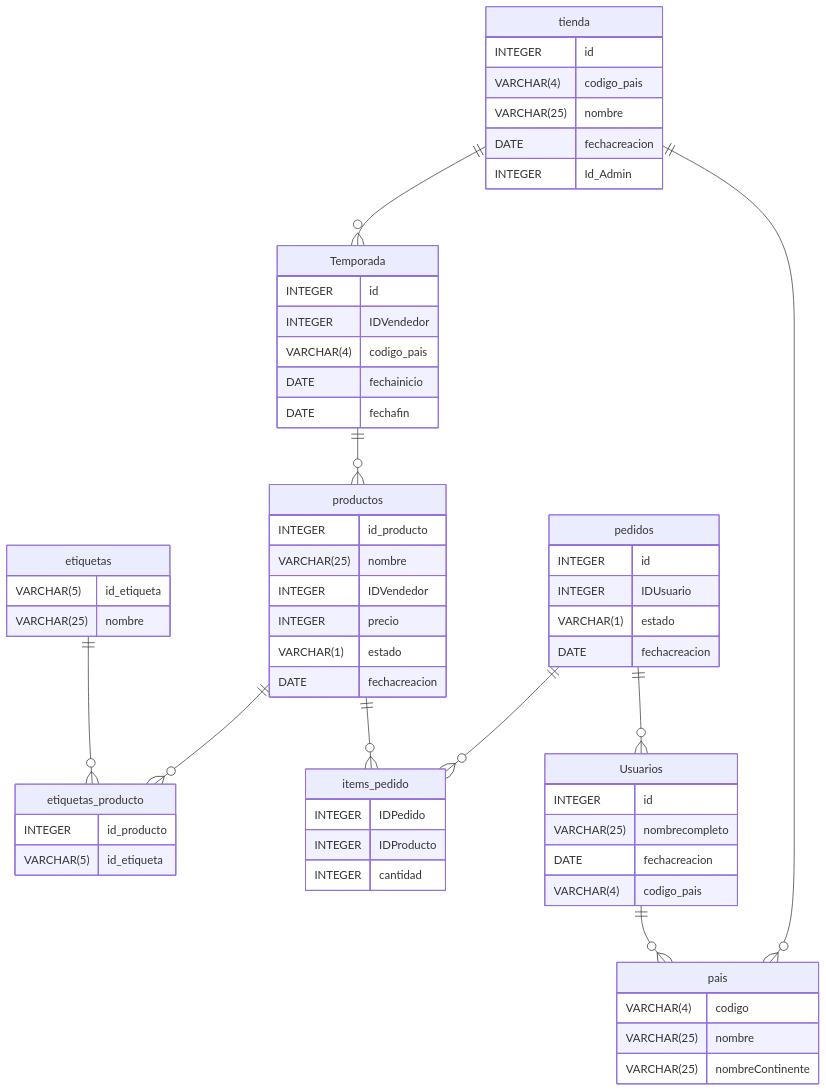
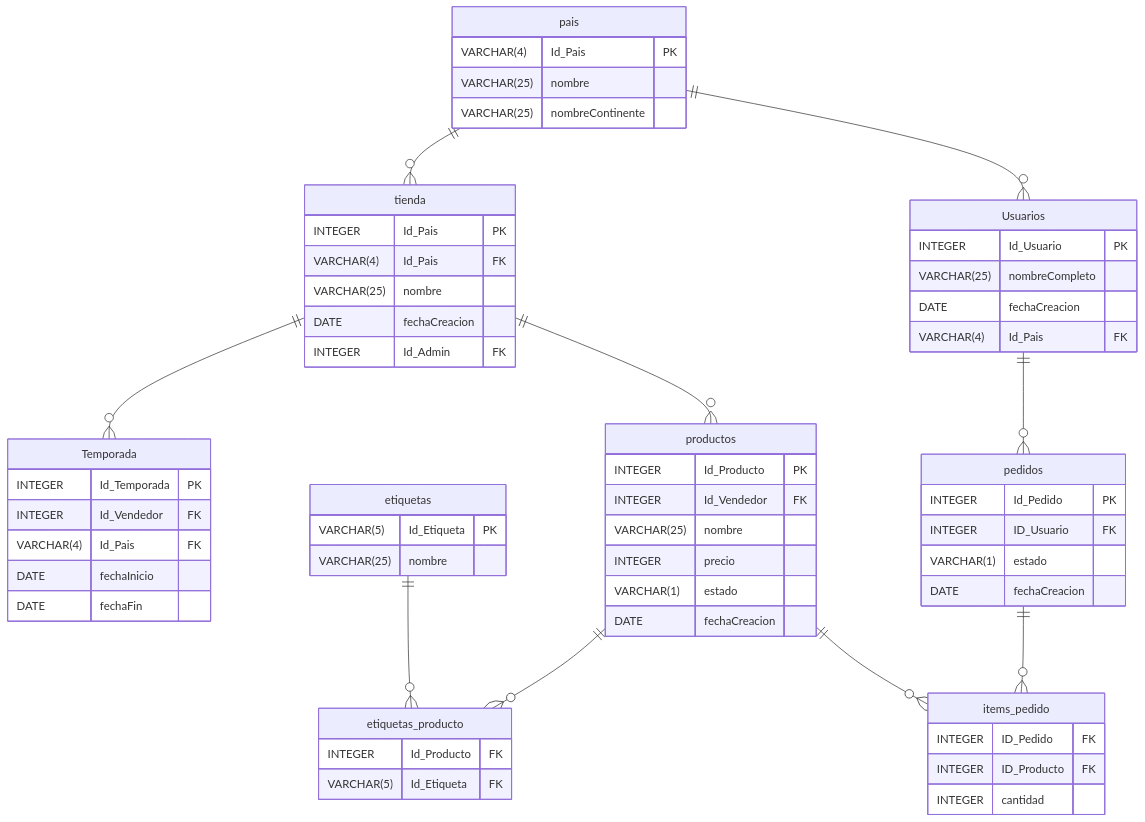
One commit to augustocristian/teaching-resources changed the third of 4 diagrams in EPIG-IND-ComputerScienceFundamentals/exercises/2_exercises_BBDD.md. Above: the diagram before and after it, drawn with Mermaid. The commit also changed other lines of this file and 6 other files, not shown here.

````diff
--- a/EPIG-IND-ComputerScienceFundamentals/exercises/2_exercises_BBDD.md
+++ b/EPIG-IND-ComputerScienceFundamentals/exercises/2_exercises_BBDD.md
@@ -239,75 +239,76 @@
 ```mermaid
 erDiagram
     productos {
-        INTEGER id_producto
+        INTEGER Id_Producto PK
+        INTEGER Id_Vendedor FK
         VARCHAR(25) nombre
-        INTEGER IDVendedor
         INTEGER precio
         VARCHAR(1) estado
-        DATE fechacreacion
+        DATE fechaCreacion
     }
 
     etiquetas_producto {
-        INTEGER id_producto
-        VARCHAR(5) id_etiqueta
+        INTEGER Id_Producto FK
+        VARCHAR(5) Id_Etiqueta FK
     }
 
     etiquetas {
-        VARCHAR(5) id_etiqueta
+        VARCHAR(5) Id_Etiqueta PK
         VARCHAR(25) nombre
     }
 
     items_pedido {
-        INTEGER IDPedido
-        INTEGER IDProducto
+        INTEGER ID_Pedido FK
+        INTEGER ID_Producto FK
         INTEGER cantidad
     }
 
     pedidos {
-        INTEGER id
-        INTEGER IDUsuario
+        INTEGER Id_Pedido PK
+        INTEGER ID_Usuario FK
         VARCHAR(1) estado
-        DATE fechacreacion
+        DATE fechaCreacion
     }
 
     pais {
-        VARCHAR(4) codigo
+        VARCHAR(4) Id_Pais PK
         VARCHAR(25) nombre
         VARCHAR(25) nombreContinente
     }
 
     tienda {
-        INTEGER id
-        VARCHAR(4) codigo_pais
+        INTEGER Id_Pais PK
+        VARCHAR(4) Id_Pais FK
         VARCHAR(25) nombre
-        DATE fechacreacion
-        INTEGER Id_Admin
+        DATE fechaCreacion
+        INTEGER Id_Admin FK
     }
 
     Usuarios {
-        INTEGER id
-        VARCHAR(25) nombrecompleto
-        DATE fechacreacion
-        VARCHAR(4) codigo_pais
+        INTEGER Id_Usuario PK
+        VARCHAR(25) nombreCompleto
+        DATE fechaCreacion
+        VARCHAR(4) Id_Pais FK
     }
 
     Temporada {
-        INTEGER id
-        INTEGER IDVendedor
-        VARCHAR(4) codigo_pais
-        DATE fechainicio
-        DATE fechafin
+        INTEGER Id_Temporada PK
+        INTEGER Id_Vendedor FK
+        VARCHAR(4) Id_Pais FK
+        DATE fechaInicio
+        DATE fechaFin
     }
 
 %% Relaciones
     productos ||--o{ etiquetas_producto: ""
     etiquetas ||--o{ etiquetas_producto: ""
     pedidos ||--o{ items_pedido: ""
     productos ||--o{ items_pedido: ""
-    pedidos ||--o{ Usuarios: ""
-    tienda ||--o{ pais: ""
-    Usuarios ||--o{ pais: ""
+    Usuarios ||--o{ pedidos : ""
+    pais ||--o{ tienda: ""
+    pais ||--o{ Usuarios: ""
     tienda ||--o{ Temporada: ""
-    Temporada ||--o{ productos: ""
+    tienda ||--o{ productos: ""
+
 
 ```
````
